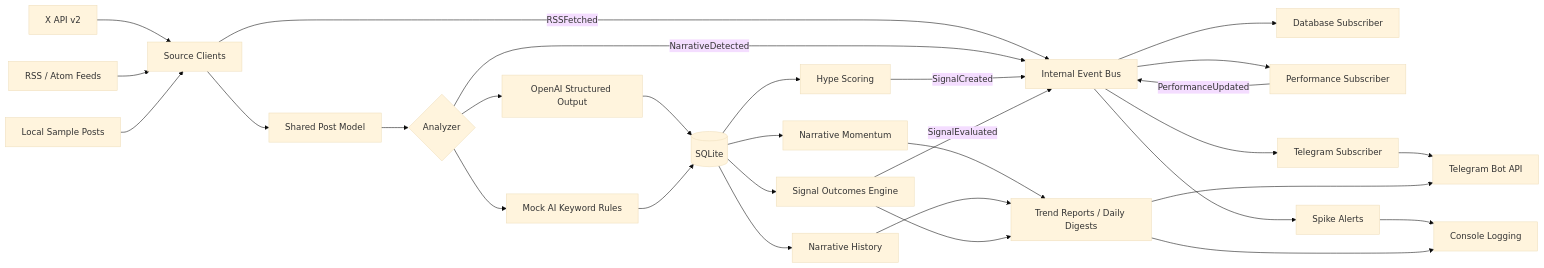
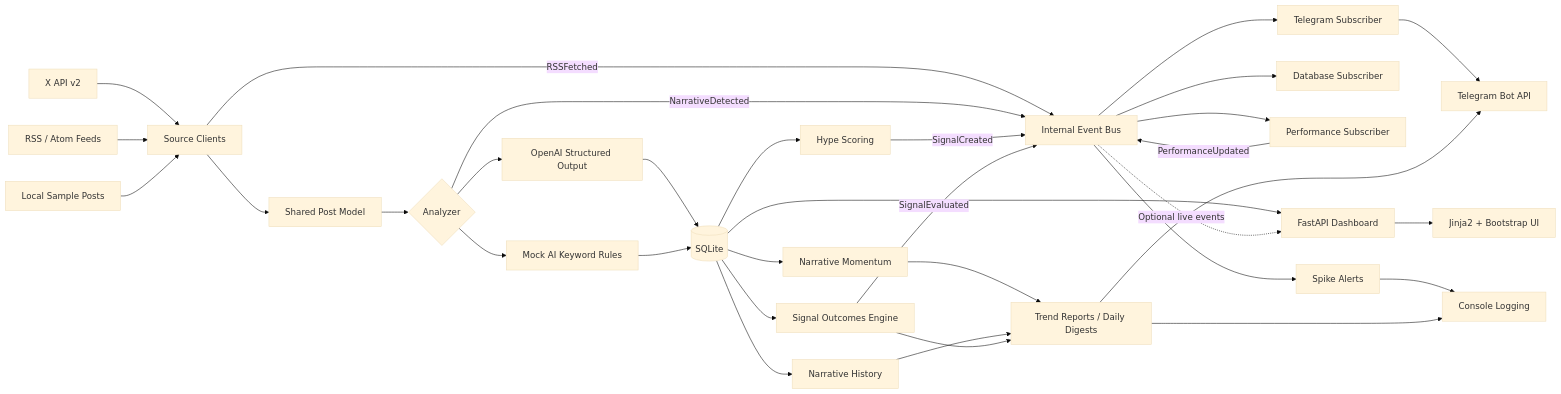
One commit to NBSq/X-tracker changed the diagram in README.md. Above: the diagram before and after it, drawn with Mermaid (base theme). The commit also changed other lines of this file and 18 other files, not shown here.

Commit message:
Add analytics dashboard with FastAPI

````diff
--- a/README.md
+++ b/README.md
@@ -35,38 +31,41 @@
 ```mermaid
 flowchart LR
     X["X API v2"] --> Sources["Source Clients"]
     RSS["RSS / Atom Feeds"] --> Sources
     Local["Local Sample Posts"] --> Sources
 
     Sources --> Posts["Shared Post Model"]
     Sources -->|RSSFetched| Bus["Internal Event Bus"]
     Posts --> Analyzer{"Analyzer"}
     Analyzer --> OpenAI["OpenAI Structured Output"]
     Analyzer --> MockAI["Mock AI Keyword Rules"]
 
     OpenAI --> DB[("SQLite")]
     MockAI --> DB
     Analyzer -->|NarrativeDetected| Bus
 
     DB --> Hype["Hype Scoring"]
     DB --> Momentum["Narrative Momentum"]
     DB --> History["Narrative History"]
     DB --> Outcomes["Signal Outcomes Engine"]
+    DB --> Dashboard["FastAPI Dashboard"]
 
     Hype -->|SignalCreated| Bus
     Outcomes -->|SignalEvaluated| Bus
     Bus --> Storage["Database Subscriber"]
     Bus --> Performance["Performance Subscriber"]
     Bus --> Telegram["Telegram Subscriber"]
     Performance -->|PerformanceUpdated| Bus
+    Bus -. Optional live events .-> Dashboard
 
     Bus --> Alerts["Spike Alerts"]
     Momentum --> Reports["Trend Reports / Daily Digests"]
     History --> Reports
     Outcomes --> Reports
 
     Alerts --> Console["Console Logging"]
     Telegram --> TelegramAPI["Telegram Bot API"]
     Reports --> Console
     Reports --> TelegramAPI
+    Dashboard --> Browser["Jinja2 + Bootstrap UI"]
 ```
````
